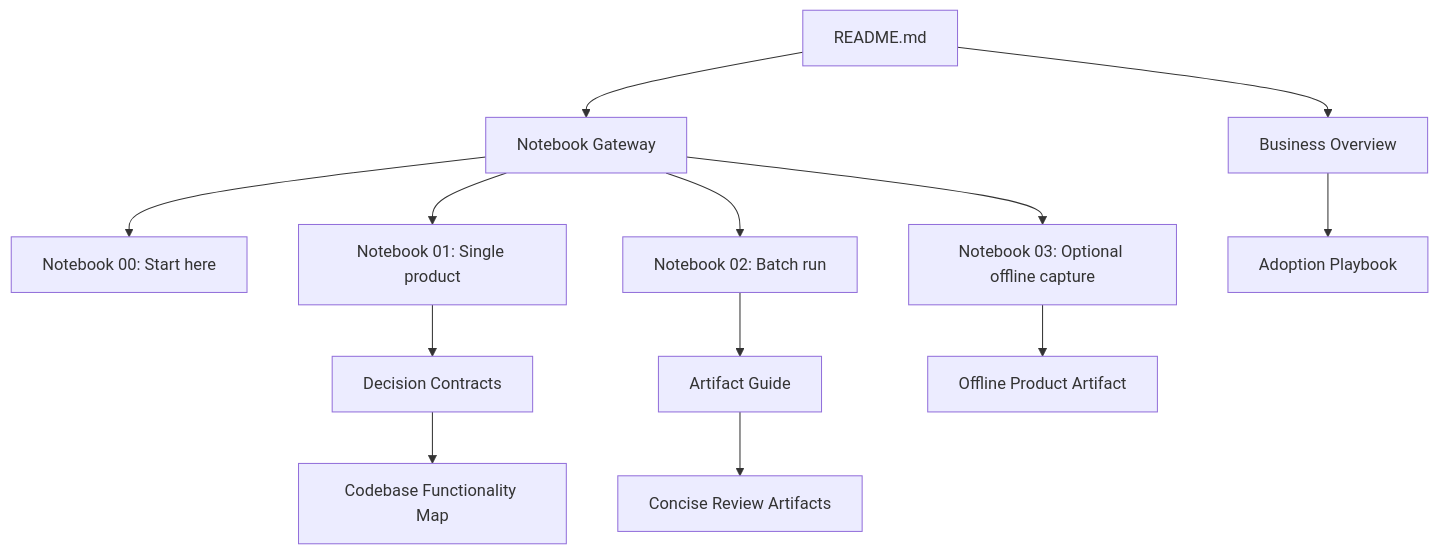
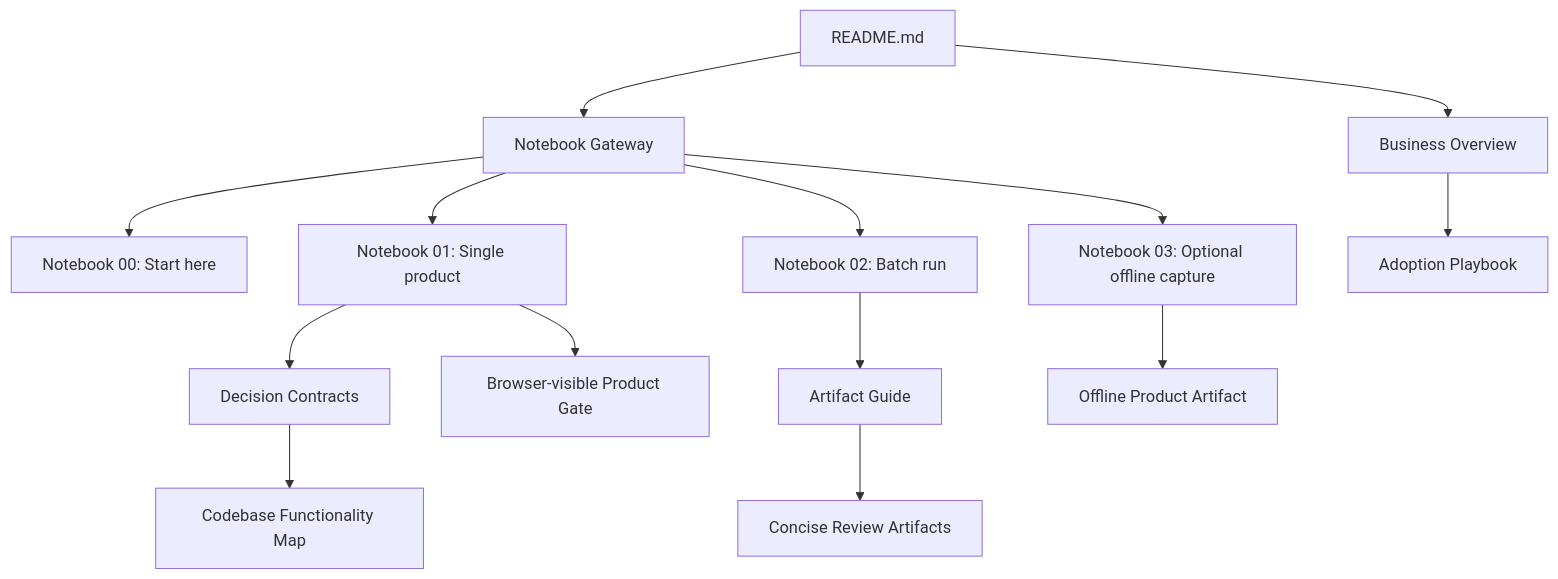
The first of 2 diagrams in docs/README.md (Akilankm/web_search_tool), drawn with Mermaid before and after one commit. The commit also changed other lines of this file, not shown here.

Commit message:
Index browser-visible product gate documentation

````diff
--- a/docs/README.md
+++ b/docs/README.md
@@ -5,15 +5,16 @@
 ```mermaid
 flowchart TD
     A[README.md] --> B[Business Overview]
     A --> C[Notebook Gateway]
     C --> D[Notebook 00: Start here]
     C --> E[Notebook 01: Single product]
     C --> F[Notebook 02: Batch run]
     C --> G[Notebook 03: Optional offline capture]
     B --> H[Adoption Playbook]
     E --> I[Decision Contracts]
+    E --> V[Browser-visible Product Gate]
     F --> J[Artifact Guide]
     J --> M[Concise Review Artifacts]
     G --> K[Offline Product Artifact]
     I --> L[Codebase Functionality Map]
 ```
````
